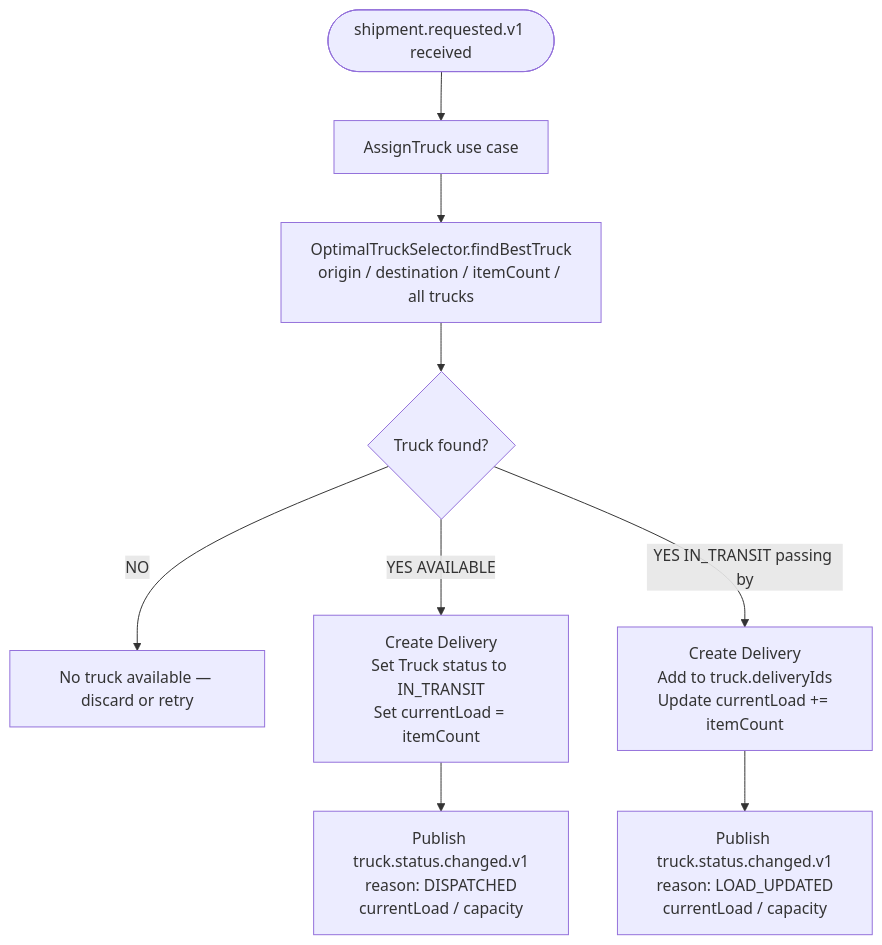
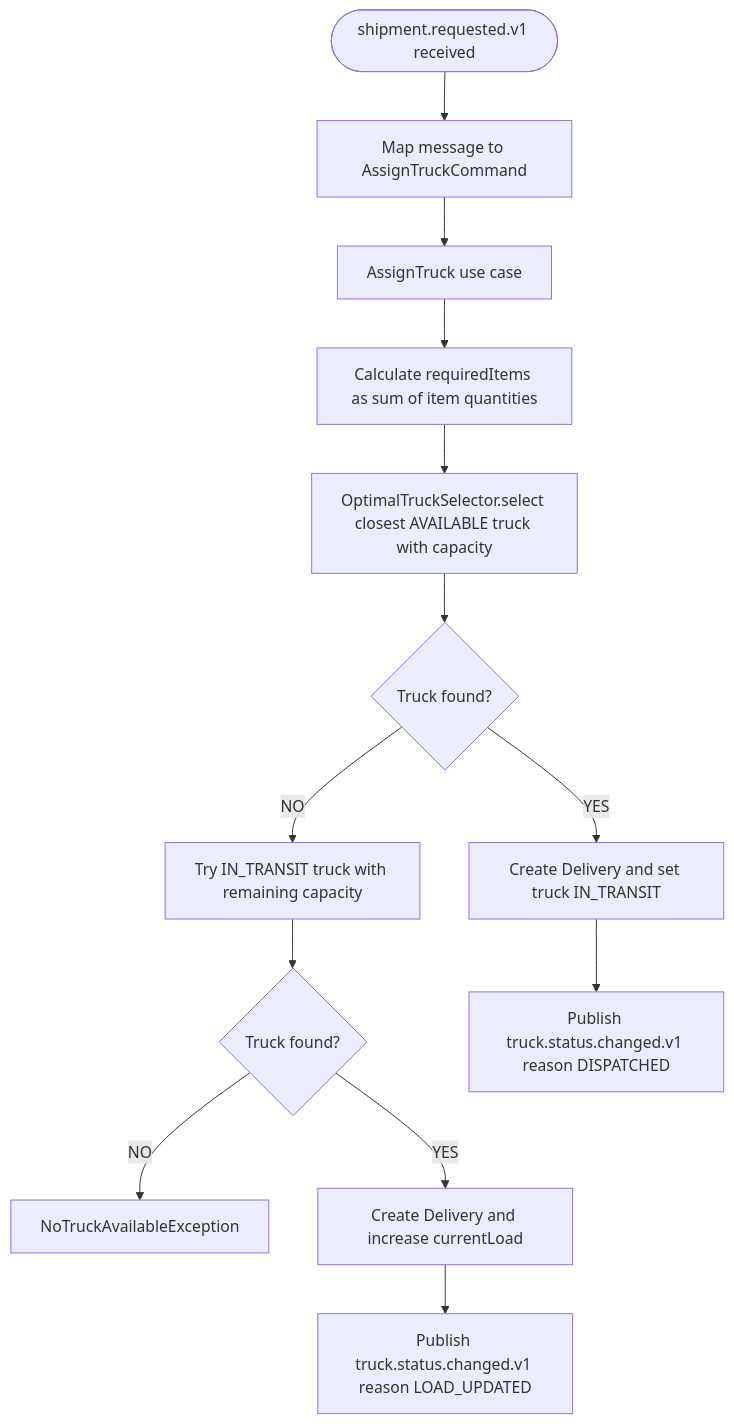
The fourth of 7 diagrams in transport/ddd.md (PauLopNun/workshop-suministros), drawn with Mermaid before and after one commit. The commit also changed other lines of this file and 5 other files, not shown here.

````diff
--- a/transport/ddd.md
+++ b/transport/ddd.md
@@ -111,12 +118,16 @@
 ```mermaid
 flowchart TD
     UC1([shipment.requested.v1 received])
-    UC1 --> A1[AssignTruck use case]
-    A1 --> A2[OptimalTruckSelector.findBestTruck\norigin / destination / itemCount / all trucks]
-    A2 --> A3{Truck found?}
-    A3 -->|NO| A9[No truck available — discard or retry]
-    A3 -->|YES AVAILABLE| A4[Create Delivery\nSet Truck status to IN_TRANSIT\nSet currentLoad = itemCount]
-    A3 -->|YES IN_TRANSIT passing by| A5[Create Delivery\nAdd to truck.deliveryIds\nUpdate currentLoad += itemCount]
-    A4 --> A6[Publish truck.status.changed.v1\nreason: DISPATCHED\ncurrentLoad / capacity]
-    A5 --> A7[Publish truck.status.changed.v1\nreason: LOAD_UPDATED\ncurrentLoad / capacity]
+    UC1 --> A0[Map message to AssignTruckCommand]
+    A0 --> A1[AssignTruck use case]
+    A1 --> A2[Calculate requiredItems as sum of item quantities]
+    A2 --> A3[OptimalTruckSelector.select closest AVAILABLE truck with capacity]
+    A3 --> A4{Truck found?}
+    A4 -->|NO| A5[Try IN_TRANSIT truck with remaining capacity]
+    A5 --> A6{Truck found?}
+    A6 -->|NO| A9[NoTruckAvailableException]
+    A4 -->|YES| A7[Create Delivery and set truck IN_TRANSIT]
+    A6 -->|YES| A8[Create Delivery and increase currentLoad]
+    A7 --> A10[Publish truck.status.changed.v1 reason DISPATCHED]
+    A8 --> A11[Publish truck.status.changed.v1 reason LOAD_UPDATED]
 ```
````
